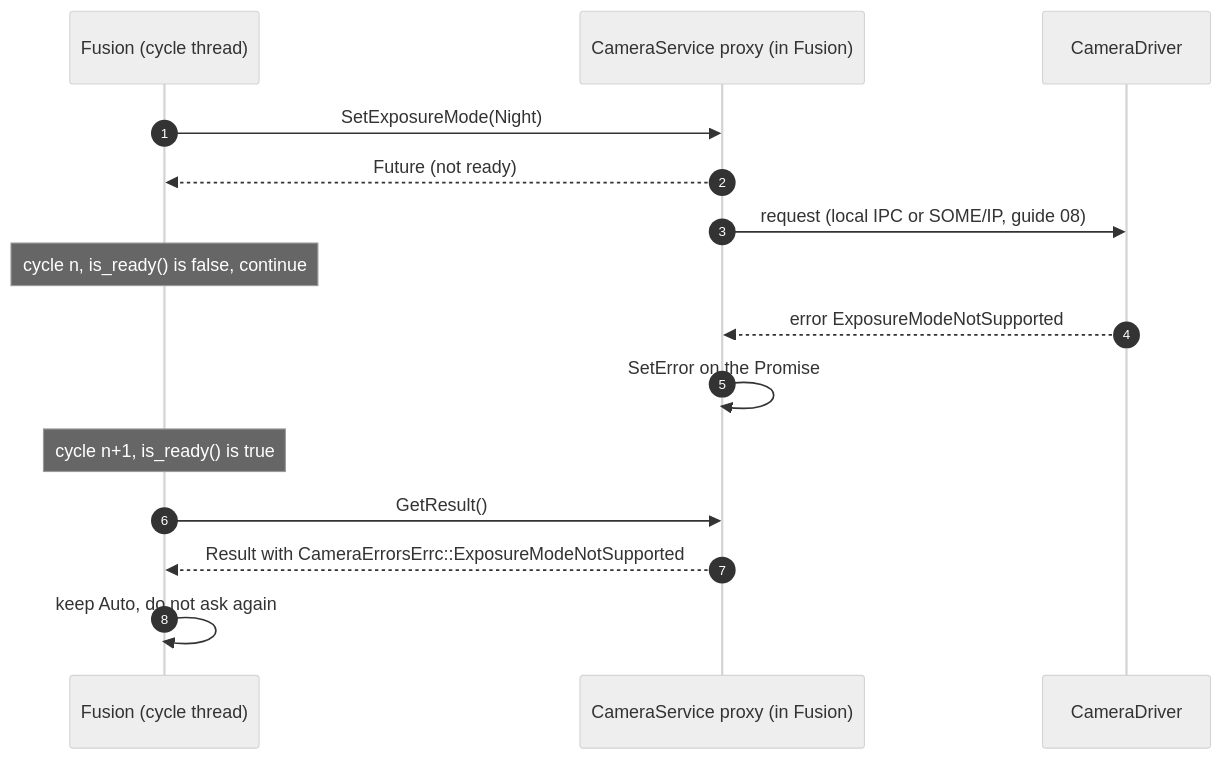
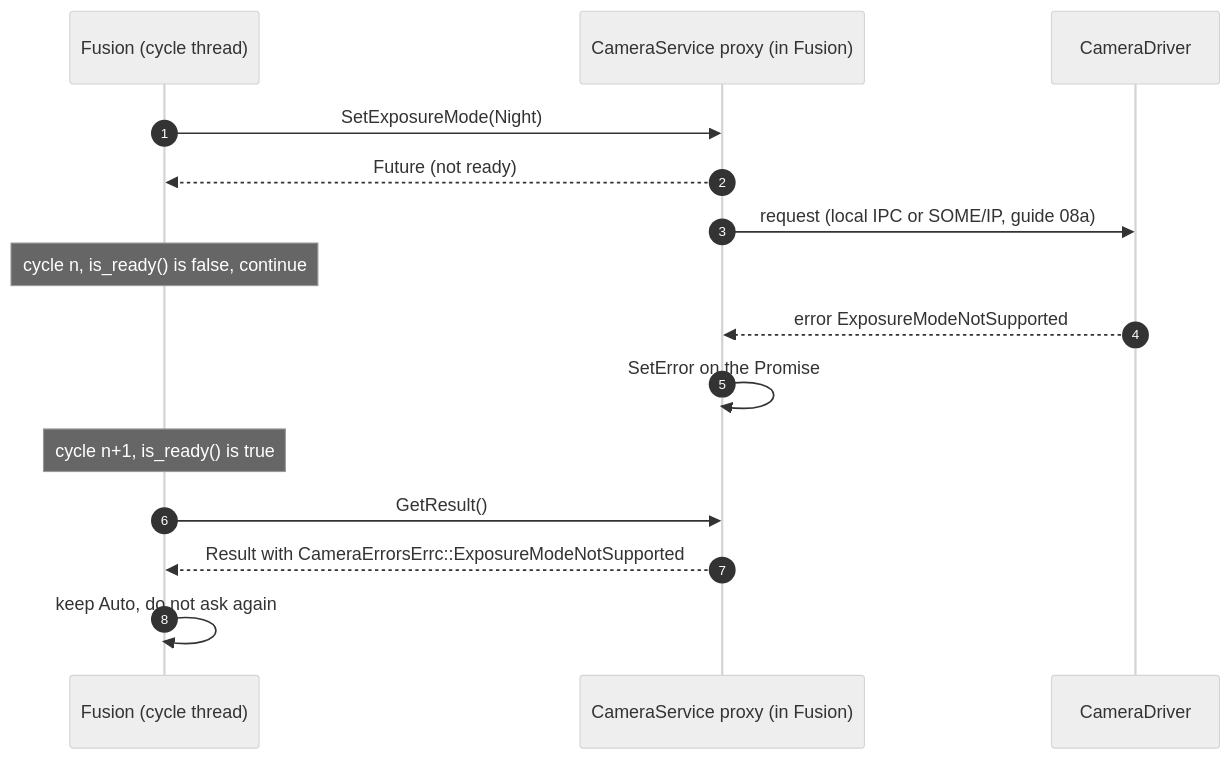
One commit to cavoidcodon/adaptive-guides changed the seventh of 10 diagrams in guides/03_CoreAndGeneral.md. Above: the diagram before and after it, drawn with Mermaid (neutral theme). The commit also changed other lines of this file and 9 other files, not shown here.

````diff
--- a/guides/03_CoreAndGeneral.md
+++ b/guides/03_CoreAndGeneral.md
@@ -1239,18 +1239,18 @@
 ```mermaid
 sequenceDiagram
     autonumber
     participant FU as Fusion (cycle thread)
     participant PX as CameraService proxy (in Fusion)
     participant CD as CameraDriver
 
     FU->>PX: SetExposureMode(Night)
     PX-->>FU: Future (not ready)
-    PX->>CD: request (local IPC or SOME/IP, guide 08)
+    PX->>CD: request (local IPC or SOME/IP, guide 08a)
     Note over FU: cycle n, is_ready() is false, continue
     CD-->>PX: error ExposureModeNotSupported
     PX->>PX: SetError on the Promise
     Note over FU: cycle n+1, is_ready() is true
     FU->>PX: GetResult()
     PX-->>FU: Result with CameraErrorsErrc::ExposureModeNotSupported
     FU->>FU: keep Auto, do not ask again
 ```
````
